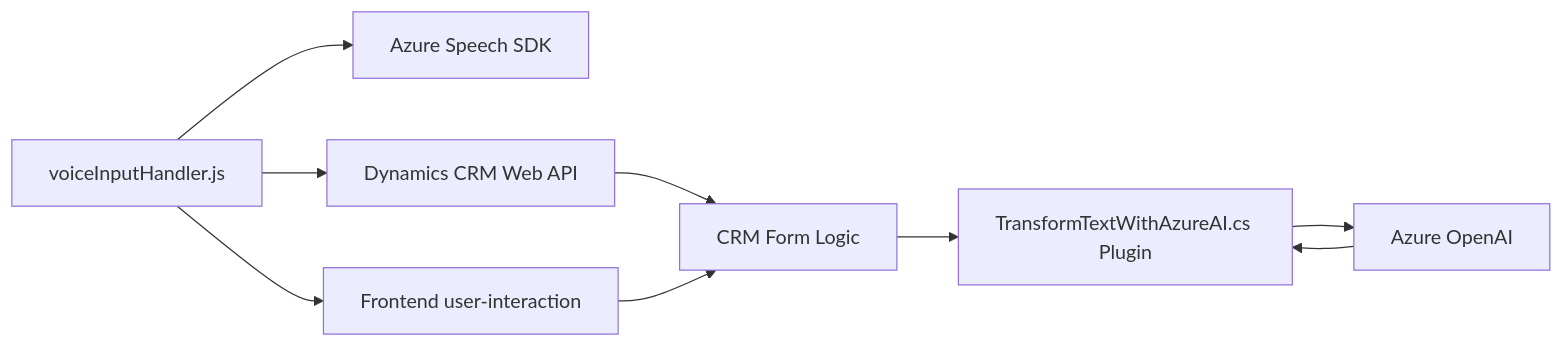
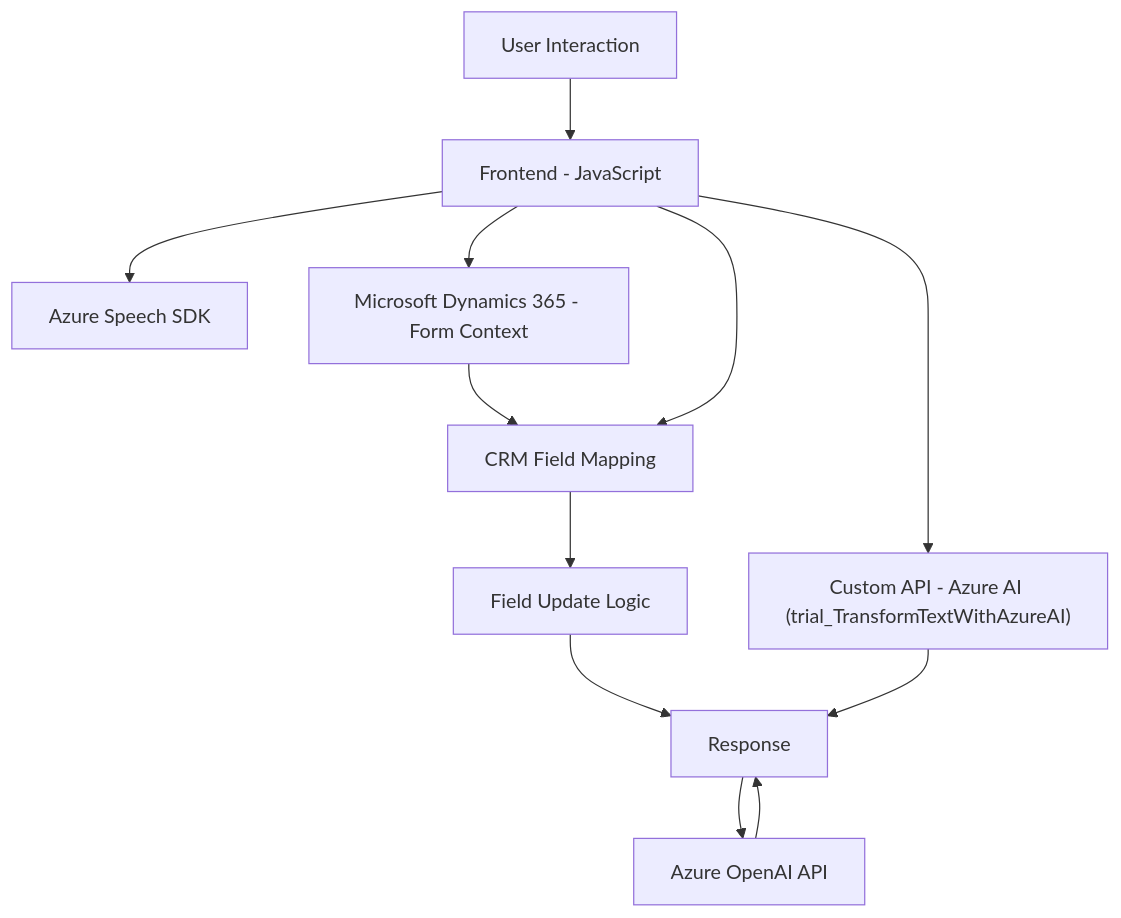
One commit to blopezdm/NETCORE_BILBAO2025 changed the diagram in README.md. Above: the diagram before and after it, drawn with Mermaid. The commit also changed other lines of this file, not shown here.

````diff
--- a/README.md
+++ b/README.md
@@ -39,11 +42,14 @@
 ```mermaid
-graph LR
-    A["voiceInputHandler.js"] --> B["Azure Speech SDK"]
-    A --> C["Dynamics CRM Web API"]
-    A --> F["Frontend user-interaction"]
-    C --> D["CRM Form Logic"]
-    F --> D
-    D --> E["TransformTextWithAzureAI.cs Plugin"]
-    E --> G["Azure OpenAI"]
-    G --> E
+graph TD
+    A["User Interaction"] --> B["Frontend - JavaScript"]
+    B --> C["Azure Speech SDK"]
+    B --> D["Microsoft Dynamics 365 - Form Context"]
+    B --> E["Custom API - Azure AI (trial_TransformTextWithAzureAI)"]
+    D --> F["CRM Field Mapping"]
+    B --> F
+    F --> G["Field Update Logic"]
+    G --> H["CRM Backend Plugin - TransformTextWithAzureAI"]
+    H --> I["Azure OpenAI API"]
+    I --> H["Response"]
+    E --> H
 ```
````
